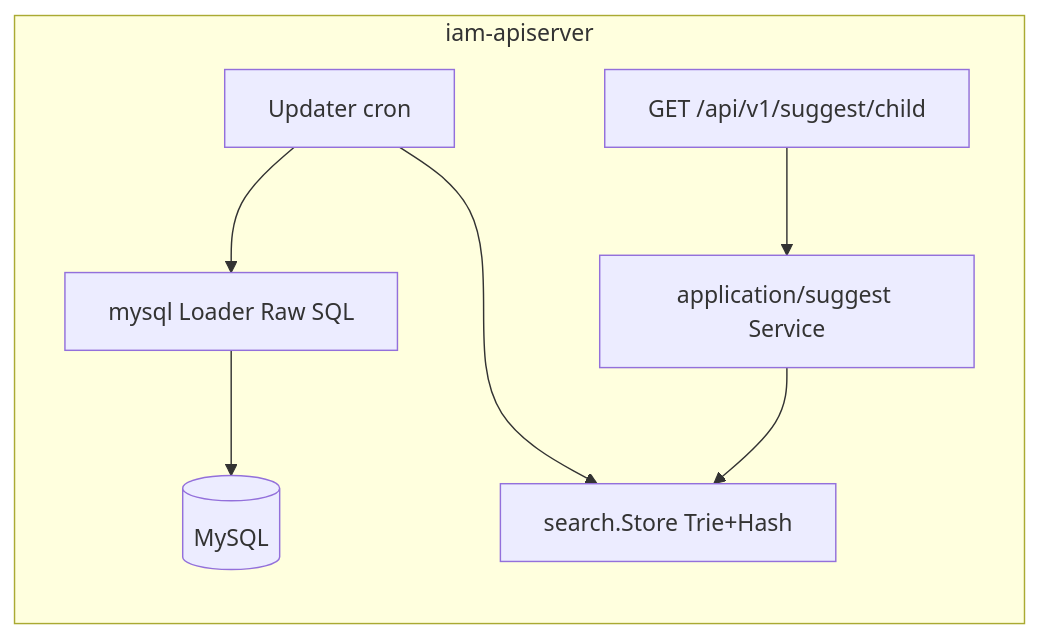
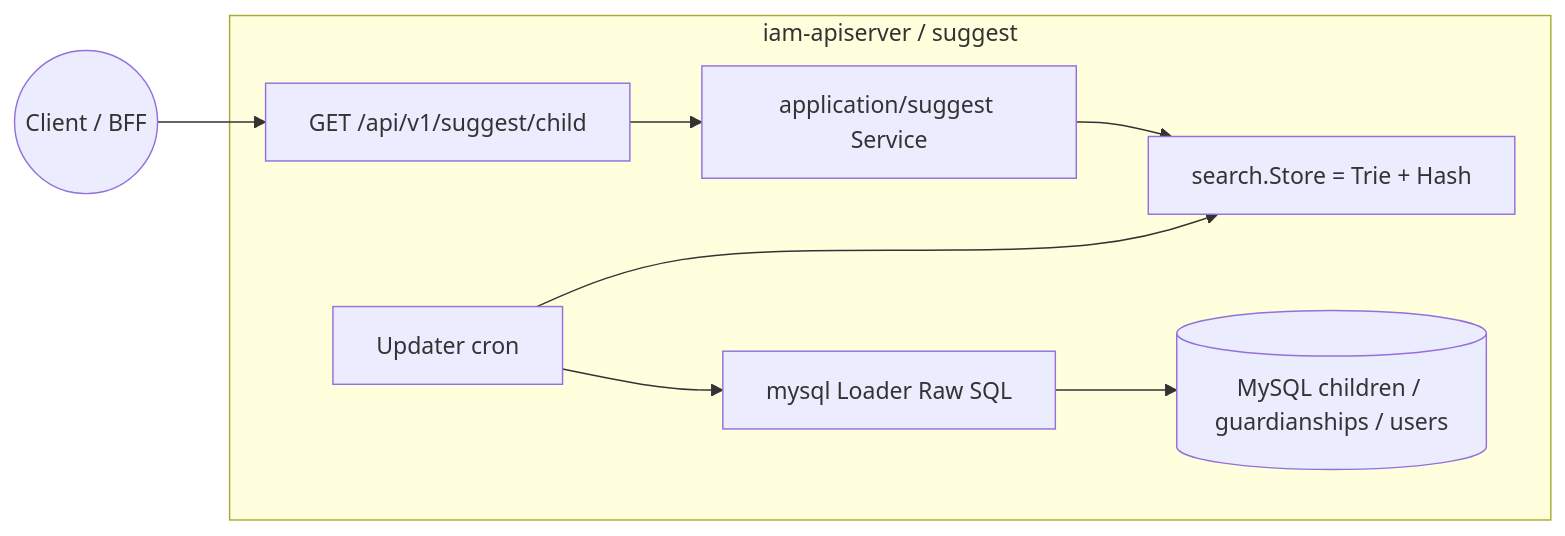
Before and after one commit to FangcunMount/iam-contracts: the first of 4 diagrams in docs/02-业务域/04-suggest-儿童联想搜索.md, drawn with Mermaid. The commit also changed other lines of this file and 24 other files, not shown here.

````diff
--- a/docs/02-业务域/04-suggest-儿童联想搜索.md
+++ b/docs/02-业务域/04-suggest-儿童联想搜索.md
@@ -43,16 +51,17 @@
 ```mermaid
 flowchart LR
-  subgraph iam["iam-apiserver"]
+  subgraph iam["iam-apiserver / suggest"]
     REST["GET /api/v1/suggest/child"]
     SVC["application/suggest Service"]
     UPD["Updater cron"]
     LD["mysql Loader Raw SQL"]
-    ST["search.Store Trie+Hash"]
-    DB[("MySQL")]
+    ST["search.Store = Trie + Hash"]
+    DB[("MySQL children / guardianships / users")]
   end
+  C((Client / BFF)) --> REST
+  REST --> SVC
+  SVC --> ST
   UPD --> LD
   LD --> DB
   UPD --> ST
-  REST --> SVC
-  SVC --> ST
 ```
````
